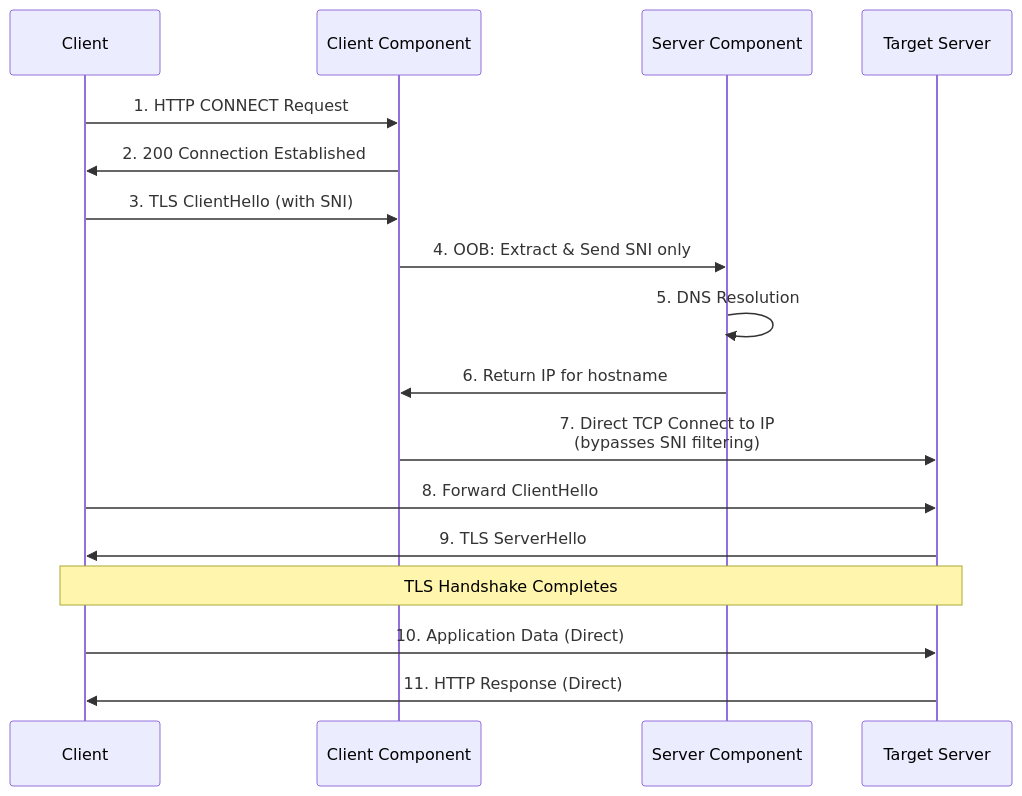
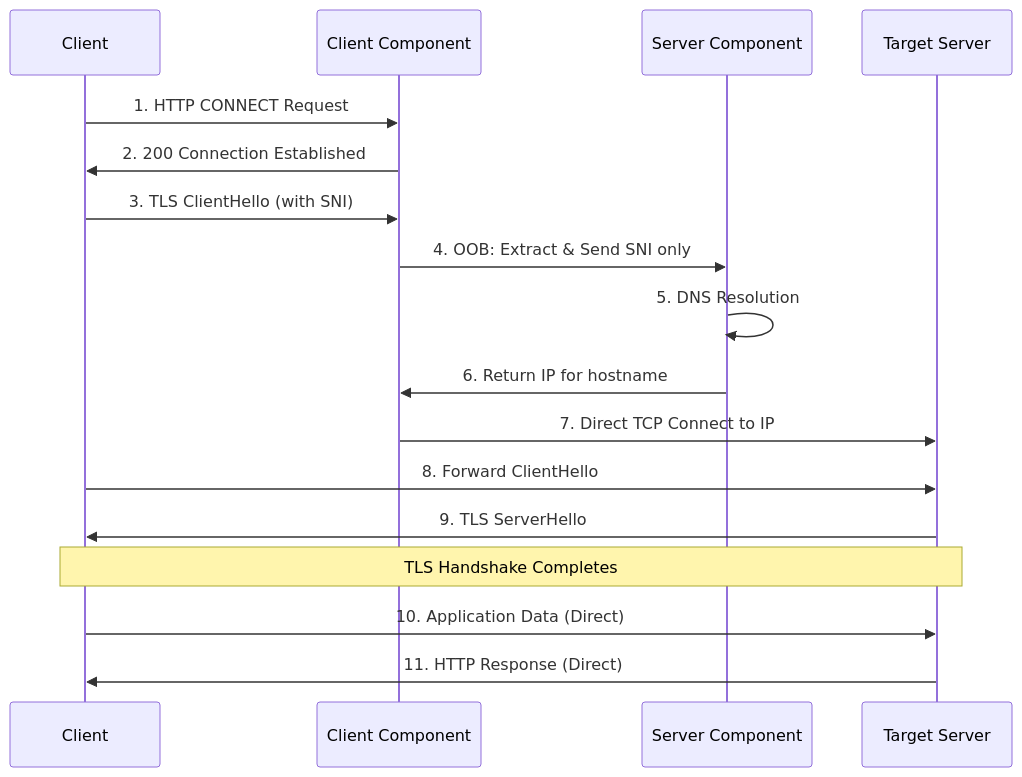
The second of 2 diagrams in README.md (immartian/sultry), drawn with Mermaid before and after one commit. The commit also changed other lines of this file, not shown here.

Commit message:
Fix Mermaid diagram syntax for proper GitHub rendering

````diff
--- a/README.md
+++ b/README.md
@@ -152,20 +152,20 @@
 ```mermaid
 sequenceDiagram
     participant C as Client
     participant CC as Client Component
     participant SC as Server Component
     participant TS as Target Server
     
     C->>CC: 1. HTTP CONNECT Request
     CC->>C: 2. 200 Connection Established
     C->>CC: 3. TLS ClientHello (with SNI)
     CC->>SC: 4. OOB: Extract & Send SNI only
     SC->>SC: 5. DNS Resolution
     SC->>CC: 6. Return IP for hostname
-    CC->>TS: 7. Direct TCP Connect to IP<br/>(bypasses SNI filtering)
+    CC->>TS: 7. Direct TCP Connect to IP
     C->>TS: 8. Forward ClientHello
     TS->>C: 9. TLS ServerHello
     Note over C,TS: TLS Handshake Completes
     C->>TS: 10. Application Data (Direct)
     TS->>C: 11. HTTP Response (Direct)
 ```
````
